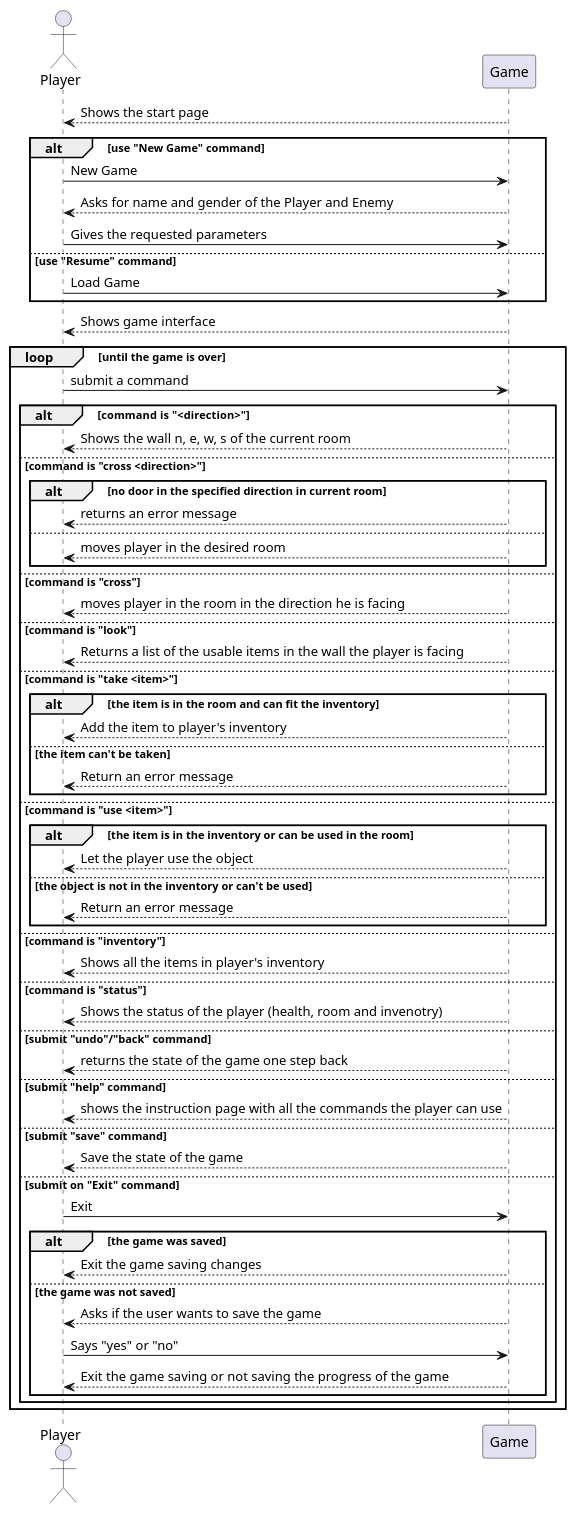
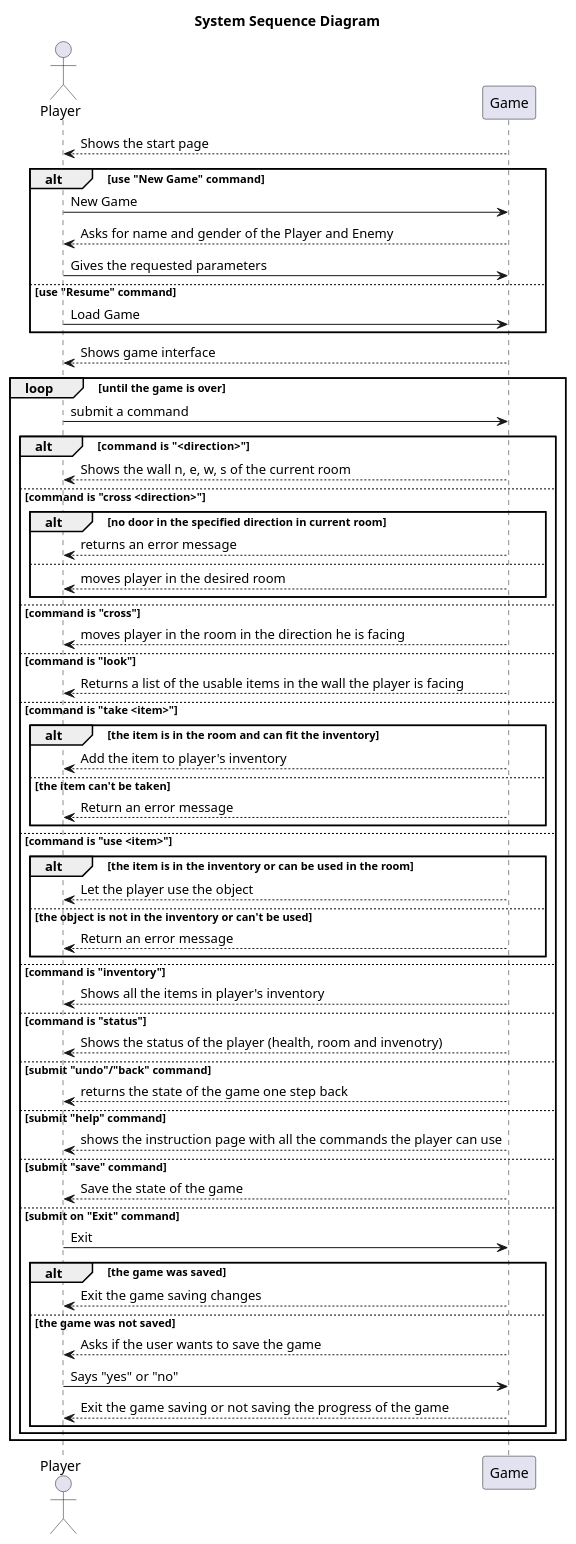
Before and after one commit to nardib/TextAdventure: the diagram in docs/uml/SystemSequenceDiagram.plantuml, drawn with PlantUML. The commit also changed 8 other files, not shown here.

Commit message:
updated readme and diagrams

```diff
--- a/docs/uml/SystemSequenceDiagram.plantuml
+++ b/docs/uml/SystemSequenceDiagram.plantuml
@@ -1,66 +1,68 @@
 @startuml SystemSequenceDiagram
+
+title System Sequence Diagram
 
 actor Player
 participant Game
 
 Game --> Player : Shows the start page
 
 alt use "New Game" command
     Player -> Game : New Game
     Game --> Player : Asks for name and gender of the Player and Enemy   
     Player -> Game : Gives the requested parameters
 else use "Resume" command
     Player -> Game : Load Game
 end
 
 Game --> Player : Shows game interface
 
 loop until the game is over
     Player -> Game : submit a command
     alt command is  "<direction>"
         Game --> Player : Shows the wall n, e, w, s of the current room
     else command is "cross <direction>"
         alt no door in the specified direction in current room
             Game --> Player : returns an error message
         else 
             Game --> Player : moves player in the desired room
         end
     else command is "cross"
         Game --> Player : moves player in the room in the direction he is facing
     else command is "look"
         Game --> Player : Returns a list of the usable items in the wall the player is facing
     else command is "take <item>"
         alt the item is in the room and can fit the inventory
             Game --> Player : Add the item to player's inventory
         else the item can't be taken
             Game --> Player : Return an error message
         end
     else command is "use <item>"
         alt the item is in the inventory or can be used in the room
             Game --> Player : Let the player use the object
         else the object is not in the inventory or can't be used 
             Game --> Player : Return an error message
         end
     else command is "inventory"
         Game --> Player : Shows all the items in player's inventory
     else command is "status"
         Game --> Player : Shows the status of the player (health, room and invenotry)
     else submit "undo"/"back" command
         Game --> Player : returns the state of the game one step back
     else submit "help" command
         Game --> Player : shows the instruction page with all the commands the player can use
     else submit "save" command
         Game --> Player : Save the state of the game
     else submit on "Exit" command
         Player -> Game : Exit
             alt the game was saved
                 Game --> Player : Exit the game saving changes
             else the game was not saved
                 Game --> Player : Asks if the user wants to save the game
                 Player -> Game : Says "yes" or "no"
                 Game --> Player : Exit the game saving or not saving the progress of the game
             end
     end
 end
 
 @enduml
```
